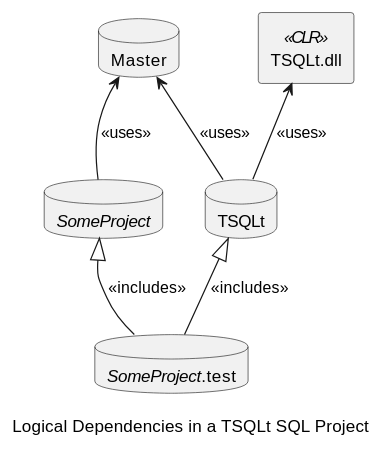
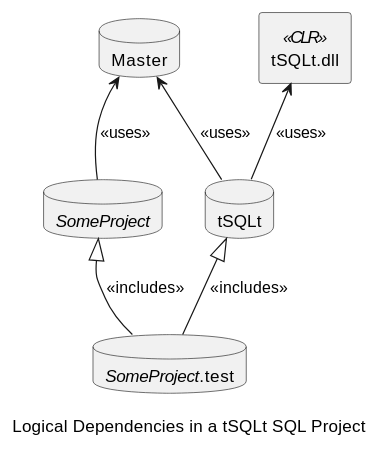
One commit to Rogue-Archivists/TSQLtTools changed the third of 5 diagrams in README.md. Above: the diagram before and after it, drawn with PlantUML. The commit also changed other lines of this file and 28 other files, not shown here.

````diff
--- a/README.md
+++ b/README.md
@@ -123,17 +123,17 @@
 ```plantuml
-    database TSQLt as tsqlt
+    database tSQLt as tsqlt
     database "Master" as sys
     database "//SomeProject//" as proj
 
     database "//SomeProject//.test" as test
-    rectangle "TSQLt.dll" <<CLR>> as clr
+    rectangle "tSQLt.dll" <<CLR>> as clr
 
     clr <-- tsqlt : <<uses>>
     sys <-- tsqlt: <<uses>>
 
     sys <-- proj: <<uses>>
 
     proj <|-- test: <<includes>>
     tsqlt <|--  test: <<includes>>
-caption: Logical Dependencies in a TSQLt SQL Project
+caption: Logical Dependencies in a tSQLt SQL Project
 ```
````
